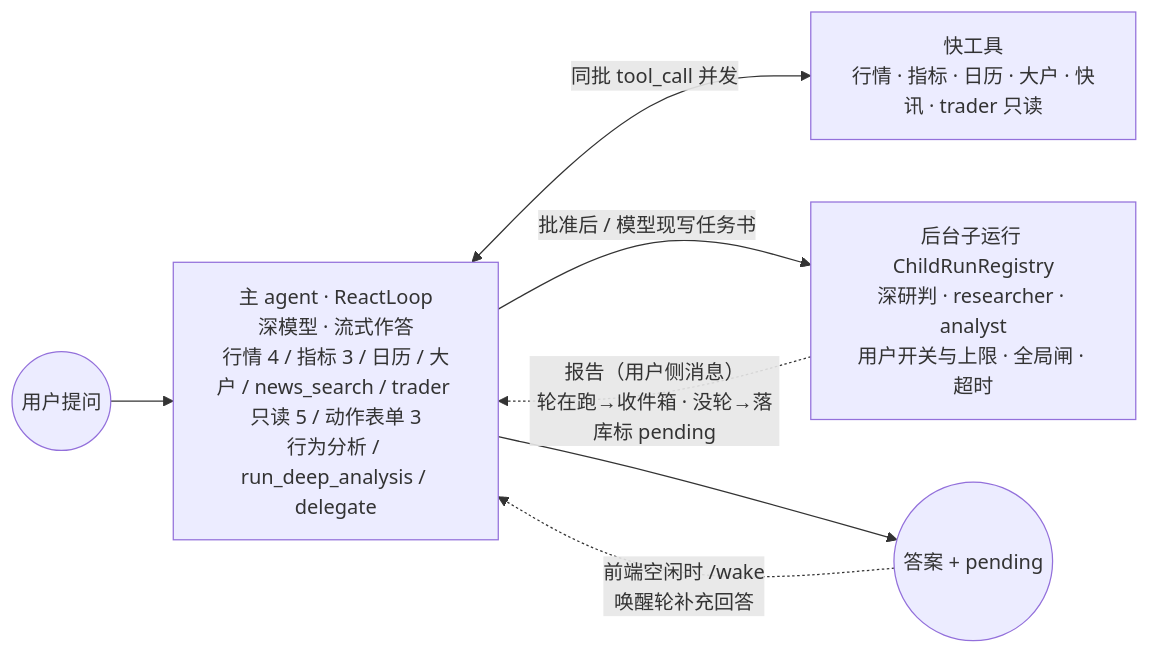
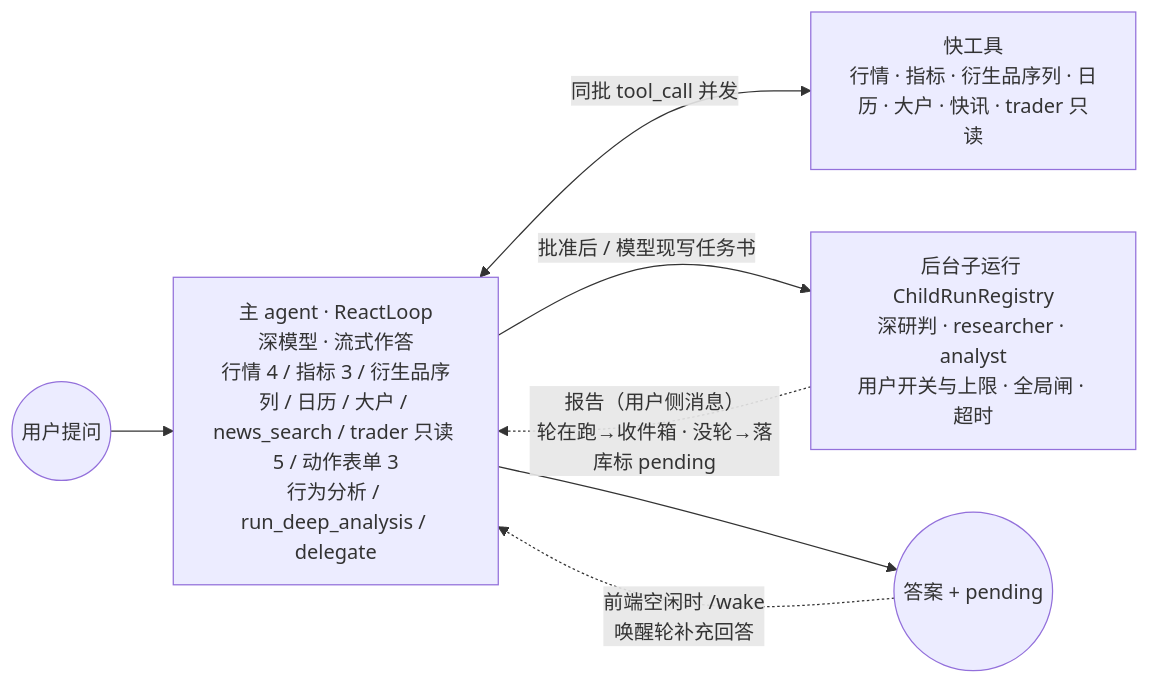
Before and after one commit to mamawai/wtfibought: the fourth of 5 diagrams in docs/agent-harness/architecture.md, drawn with Mermaid. The commit also changed other lines of this file and 22 other files, not shown here.

````diff
--- a/docs/agent-harness/architecture.md
+++ b/docs/agent-harness/architecture.md
@@ -113,9 +113,9 @@
 ```mermaid
 flowchart LR
-    U((用户提问)) --> MAIN["主 agent · ReactLoop<br/>深模型 · 流式作答<br/>行情 4 / 指标 3 / 日历 / 大户 / news_search / trader 只读 5 / 动作表单 3<br/>行为分析 / run_deep_analysis / delegate"]
-    MAIN <-->|"同批 tool_call 并发"| T["快工具<br/>行情 · 指标 · 日历 · 大户 · 快讯 · trader 只读"]
+    U((用户提问)) --> MAIN["主 agent · ReactLoop<br/>深模型 · 流式作答<br/>行情 4 / 指标 3 / 衍生品序列 / 日历 / 大户 / news_search / trader 只读 5 / 动作表单 3<br/>行为分析 / run_deep_analysis / delegate"]
+    MAIN <-->|"同批 tool_call 并发"| T["快工具<br/>行情 · 指标 · 衍生品序列 · 日历 · 大户 · 快讯 · trader 只读"]
     MAIN -->|"批准后 / 模型现写任务书"| CR["后台子运行 ChildRunRegistry<br/>深研判 · researcher · analyst<br/>用户开关与上限 · 全局闸 · 超时"]
     CR -.->|"报告（用户侧消息）<br/>轮在跑→收件箱 · 没轮→落库标 pending"| MAIN
     MAIN --> A((答案 + pending))
     A -.->|"前端空闲时 /wake<br/>唤醒轮补充回答"| MAIN
 ```
````
